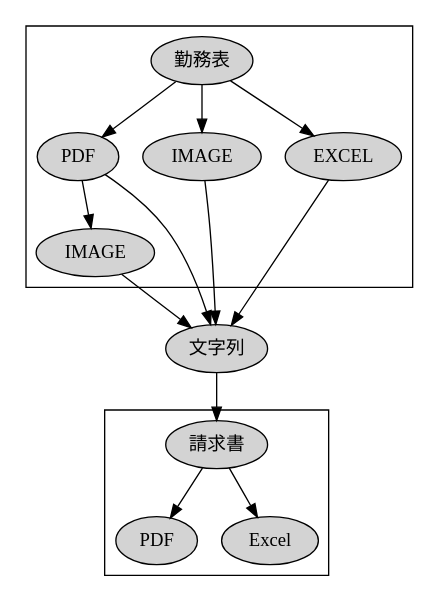
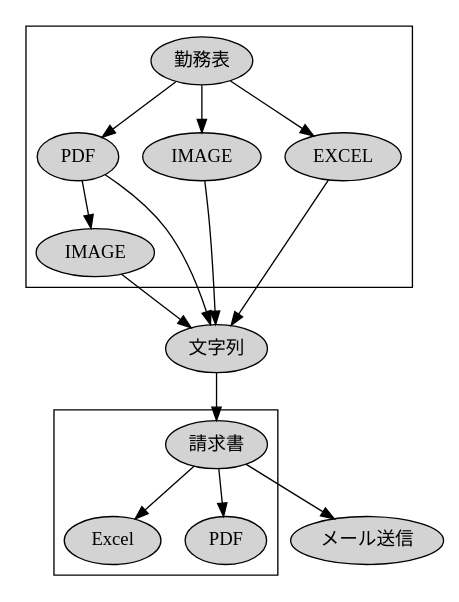
Before and after one commit to rinkeigun/linux_module: the diagram in dot/RPA.dot, drawn with Graphviz. The commit also changed 1 other file, not shown here.

```diff
--- a/dot/RPA.dot
+++ b/dot/RPA.dot
@@ -1,42 +1,44 @@
 // dot -Tpng source.dot -otarget.png
 
 digraph graph_name {
 	graph [
 		charset = "UTF-8";
 	];
 
 	node [
 		colorscheme = "rdylgn11",
 		style = "solid,filled"
 	];
 
 	edge [
 		style = solid,
 		fontsize = 14
 	];
 
 	subgraph cluster_1 {
 		OIMG [label = "IMAGE"];
 		TIMETABLE [label = "勤務表"];
 		TIMETABLE -> OIMG;
 		TIMETABLE -> EXCEL;
 		TIMETABLE -> PDF;
 		PDF -> IMAGE ;
 	
 	}
 	STRING   [label = "文字列"];
 	subgraph cluster_2 {
 		INVOICE [label = "請求書"];
 		OPDF	[label = "PDF"];
 		Excel	[label = "Excel"];
 		INVOICE -> OPDF;
 		INVOICE -> Excel;
 	}
+	email [label = "メール送信"];
 
 	PDF -> STRING;
 	OIMG -> STRING;
 	EXCEL -> STRING;
 	IMAGE -> STRING;
 	STRING -> INVOICE;
+	INVOICE -> email ;
 
 }
```
